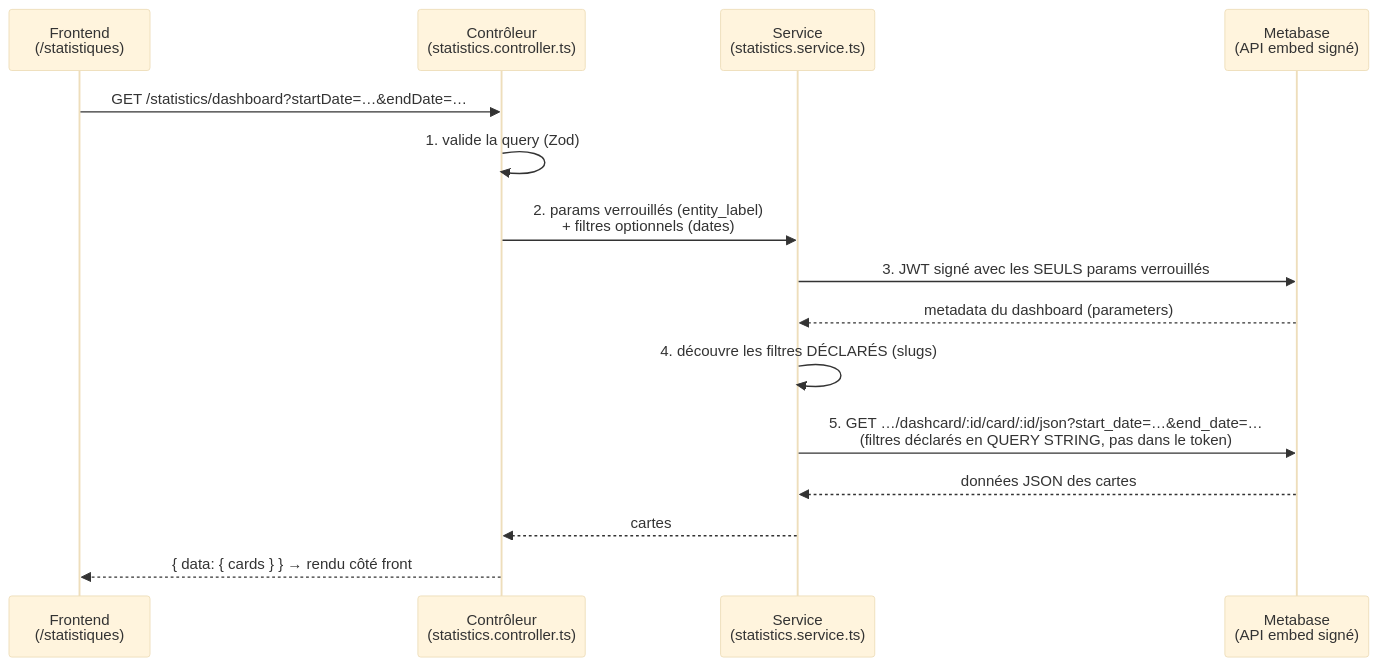
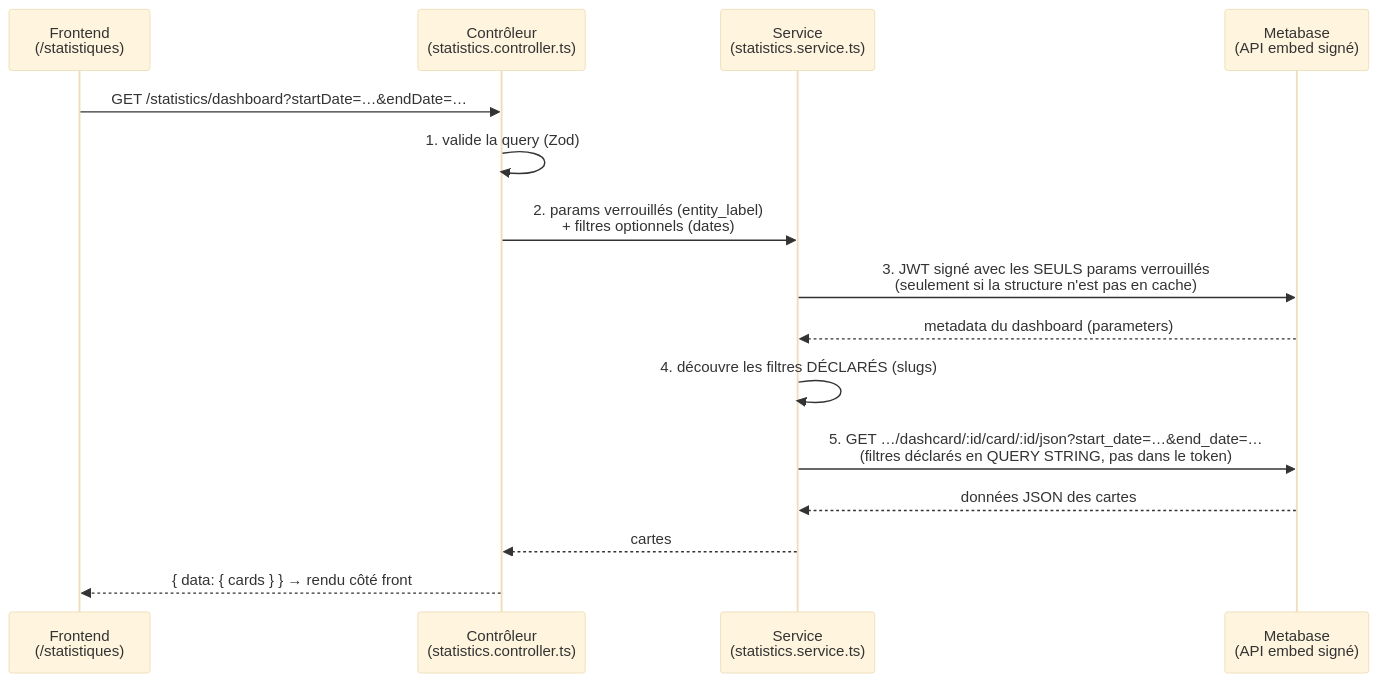
The diagram in docs/metabase_dashboards/FILTERS.md (DNUM-SocialGouv/sirena), drawn with Mermaid (base theme) before and after one commit. The commit also changed other lines of this file and 9 other files, not shown here.

````diff
--- a/docs/metabase_dashboards/FILTERS.md
+++ b/docs/metabase_dashboards/FILTERS.md
@@ -21,18 +21,18 @@
 ```mermaid
 sequenceDiagram
     participant F as Frontend<br/>(/statistiques)
     participant C as Contrôleur<br/>(statistics.controller.ts)
     participant S as Service<br/>(statistics.service.ts)
     participant M as Metabase<br/>(API embed signé)
 
     F->>C: GET /statistics/dashboard?startDate=…&endDate=…
     C->>C: 1. valide la query (Zod)
     C->>S: 2. params verrouillés (entity_label)<br/>+ filtres optionnels (dates)
-    S->>M: 3. JWT signé avec les SEULS params verrouillés
+    S->>M: 3. JWT signé avec les SEULS params verrouillés<br/>(seulement si la structure n'est pas en cache)
     M-->>S: metadata du dashboard (parameters)
     S->>S: 4. découvre les filtres DÉCLARÉS (slugs)
     S->>M: 5. GET …/dashcard/:id/card/:id/json?start_date=…&end_date=…<br/>(filtres déclarés en QUERY STRING, pas dans le token)
     M-->>S: données JSON des cartes
     S-->>C: cartes
     C-->>F: { data: { cards } } → rendu côté front
 ```
````
